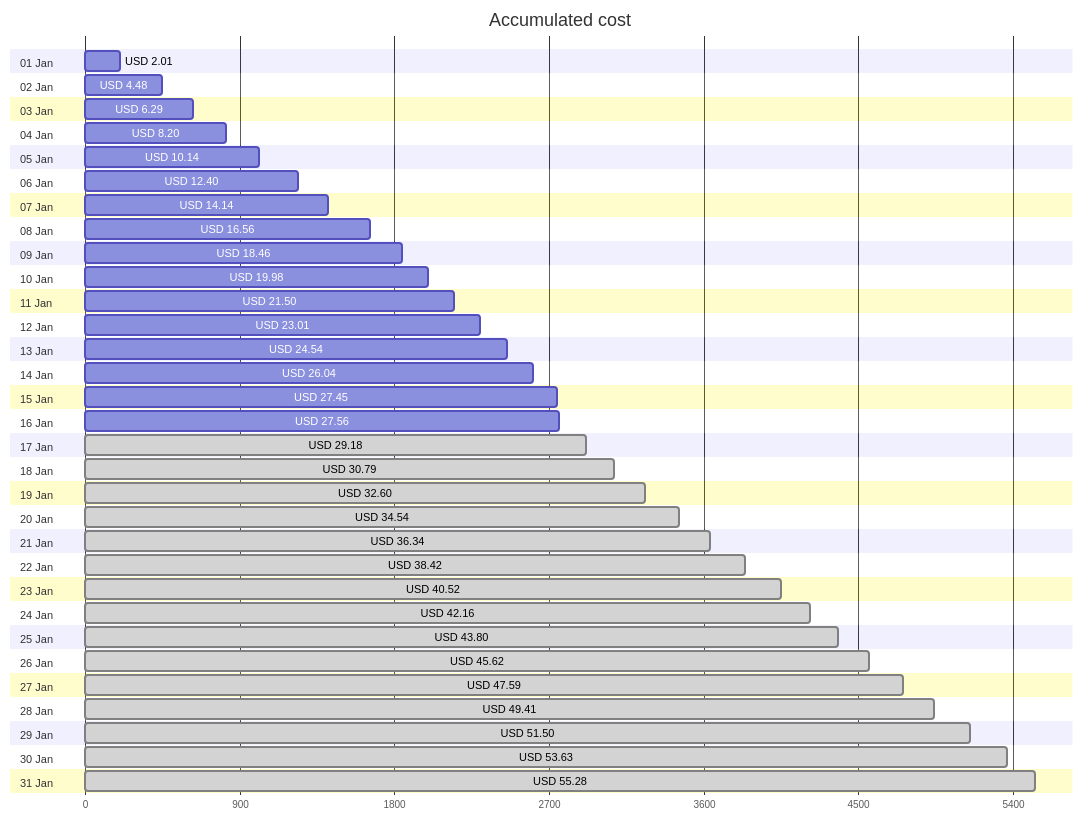
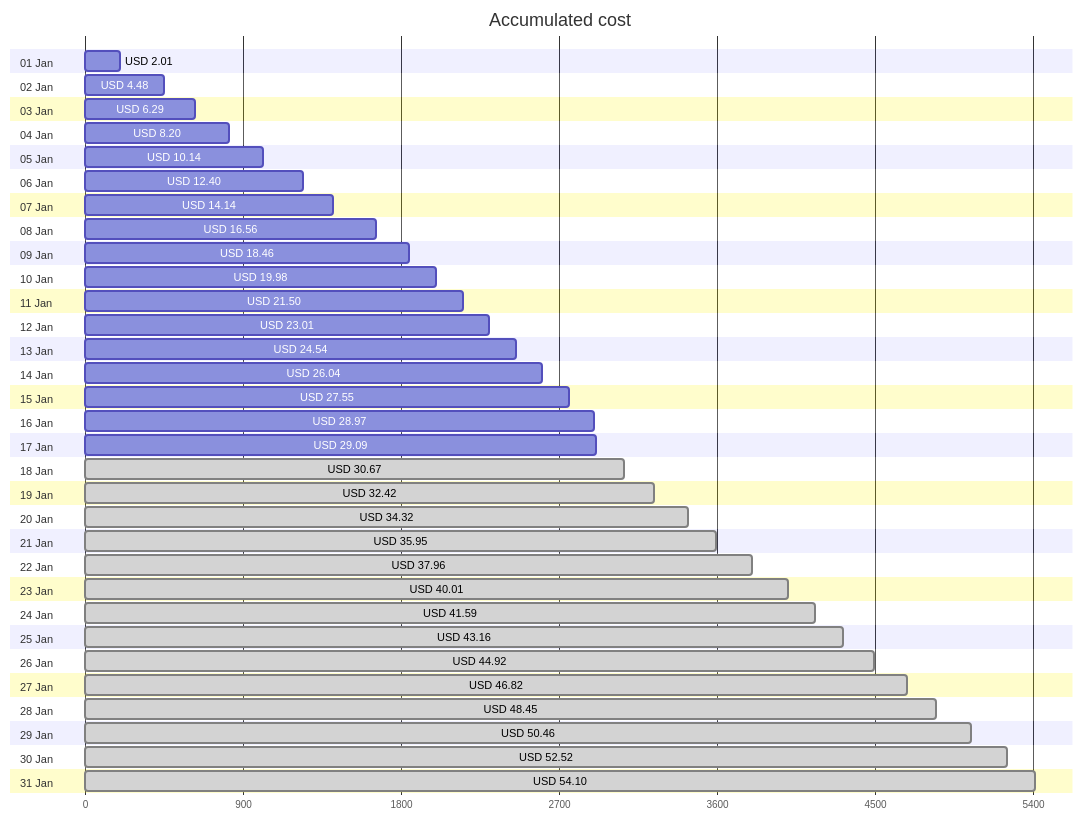
The first of 4 diagrams in cost-reports/personal-network/README.md (jpfulton/azure-personal-reports), drawn with Mermaid before and after one commit. The commit also changed other lines of this file and 8 other files, not shown here.

````diff
--- a/cost-reports/personal-network/README.md
+++ b/cost-reports/personal-network/README.md
@@ -20,68 +20,68 @@
 ```mermaid
 gantt
    title Accumulated cost
    dateFormat  X
    axisFormat %s
    section 01 Jan
    USD 2.01 :0, 201
    section 02 Jan
    USD 4.48 :0, 448
    section 03 Jan
    USD 6.29 :0, 629
    section 04 Jan
    USD 8.20 :0, 820
    section 05 Jan
    USD 10.14 :0, 1014
    section 06 Jan
    USD 12.40 :0, 1240
    section 07 Jan
    USD 14.14 :0, 1414
    section 08 Jan
    USD 16.56 :0, 1656
    section 09 Jan
    USD 18.46 :0, 1846
    section 10 Jan
    USD 19.98 :0, 1998
    section 11 Jan
    USD 21.50 :0, 2150
    section 12 Jan
    USD 23.01 :0, 2301
    section 13 Jan
    USD 24.54 :0, 2454
    section 14 Jan
    USD 26.04 :0, 2604
    section 15 Jan
-   USD 27.45 :0, 2745
+   USD 27.55 :0, 2755
    section 16 Jan
-   USD 27.56 :0, 2756
+   USD 28.97 :0, 2897
    section 17 Jan
-   USD 29.18 : done, 0, 2918
+   USD 29.09 :0, 2909
    section 18 Jan
-   USD 30.79 : done, 0, 3079
+   USD 30.67 : done, 0, 3067
    section 19 Jan
-   USD 32.60 : done, 0, 3260
+   USD 32.42 : done, 0, 3242
    section 20 Jan
-   USD 34.54 : done, 0, 3454
+   USD 34.32 : done, 0, 3432
    section 21 Jan
-   USD 36.34 : done, 0, 3634
+   USD 35.95 : done, 0, 3595
    section 22 Jan
-   USD 38.42 : done, 0, 3842
+   USD 37.96 : done, 0, 3796
    section 23 Jan
-   USD 40.52 : done, 0, 4052
+   USD 40.01 : done, 0, 4001
    section 24 Jan
-   USD 42.16 : done, 0, 4216
+   USD 41.59 : done, 0, 4159
    section 25 Jan
-   USD 43.80 : done, 0, 4380
+   USD 43.16 : done, 0, 4316
    section 26 Jan
-   USD 45.62 : done, 0, 4562
+   USD 44.92 : done, 0, 4492
    section 27 Jan
-   USD 47.59 : done, 0, 4759
+   USD 46.82 : done, 0, 4682
    section 28 Jan
-   USD 49.41 : done, 0, 4941
+   USD 48.45 : done, 0, 4845
    section 29 Jan
-   USD 51.50 : done, 0, 5150
+   USD 50.46 : done, 0, 5046
    section 30 Jan
-   USD 53.63 : done, 0, 5363
+   USD 52.52 : done, 0, 5252
    section 31 Jan
-   USD 55.28 : done, 0, 5528
+   USD 54.10 : done, 0, 5410
 ```
````
